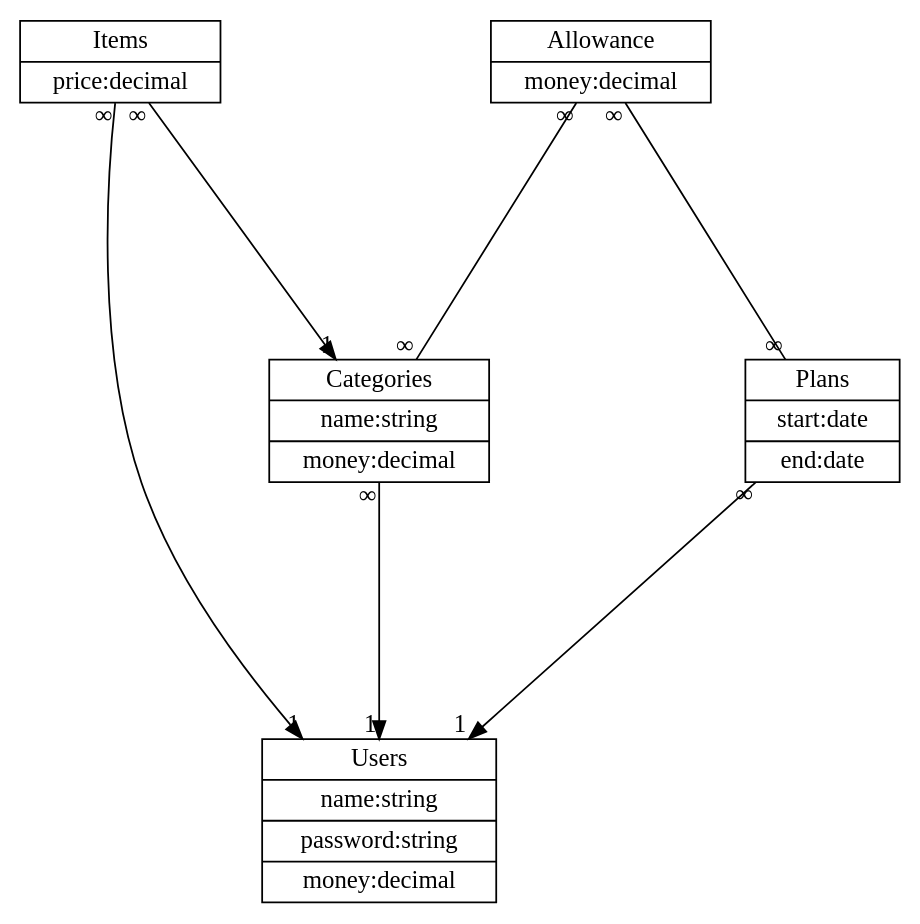
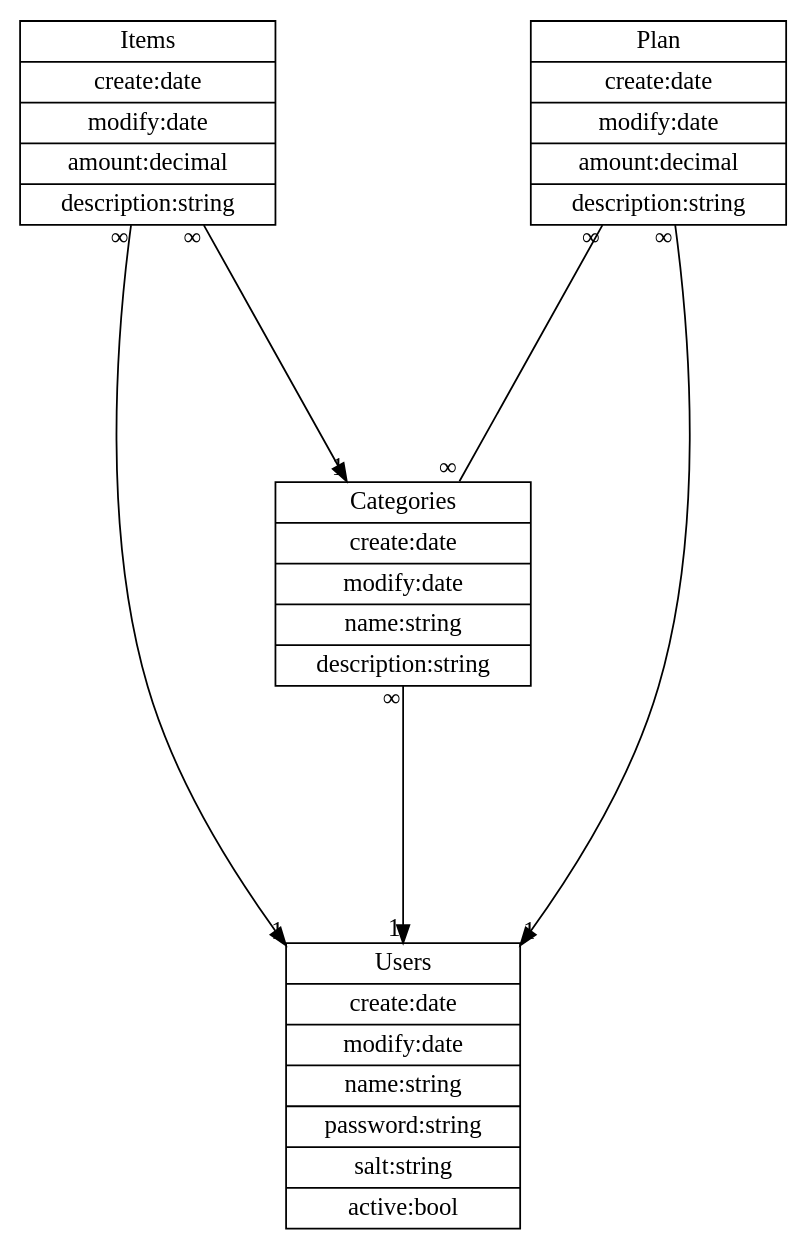
One commit to elaspog/FinAlyst changed the diagram in doc/db.dot. Above: the diagram before and after it, drawn with Graphviz. The commit also changed 1 other file, not shown here.

Commit message:
Revised database plan

```diff
--- a/doc/db.dot
+++ b/doc/db.dot
@@ -1,19 +1,17 @@
 digraph {
     overlap=false
     nodesep=2
     ranksep=2
     node [shape=record]
 
-    Users [label="{Users|name:string|password:string|money:decimal}"]
-    Items [label="{Items|price:decimal}"]
-    Plans [label="{Plans|start:date|end:date}"]
-    Categories [label="{Categories|name:string|money:decimal}"]
-    Allowance [label="{Allowance|money:decimal}"]
+    Users [label="{Users|create:date|modify:date|name:string|password:string|salt:string|active:bool}"]
+    Items [label="{Items|create:date|modify:date|amount:decimal|description:string}"]
+    Categories [label="{Categories|create:date|modify:date|name:string|description:string}"]
+    Plan [label="{Plan|create:date|modify:date|amount:decimal|description:string}"]
 
     Items -> Users [taillabel="∞" headlabel="1"]
-    Plans -> Users [taillabel="∞" headlabel="1"]
     Categories -> Users [taillabel="∞" headlabel="1"]
-    Allowance -> Plans  [taillabel="∞" headlabel="∞" arrowhead="none"]
-    Allowance -> Categories [taillabel="∞" headlabel="∞" arrowhead="none"]
+    Plan -> Users [taillabel="∞" headlabel="1"]
+    Plan -> Categories [taillabel="∞" headlabel="∞" arrowhead="none"]
     Items -> Categories [taillabel="∞" headlabel="1"]
 }
```
